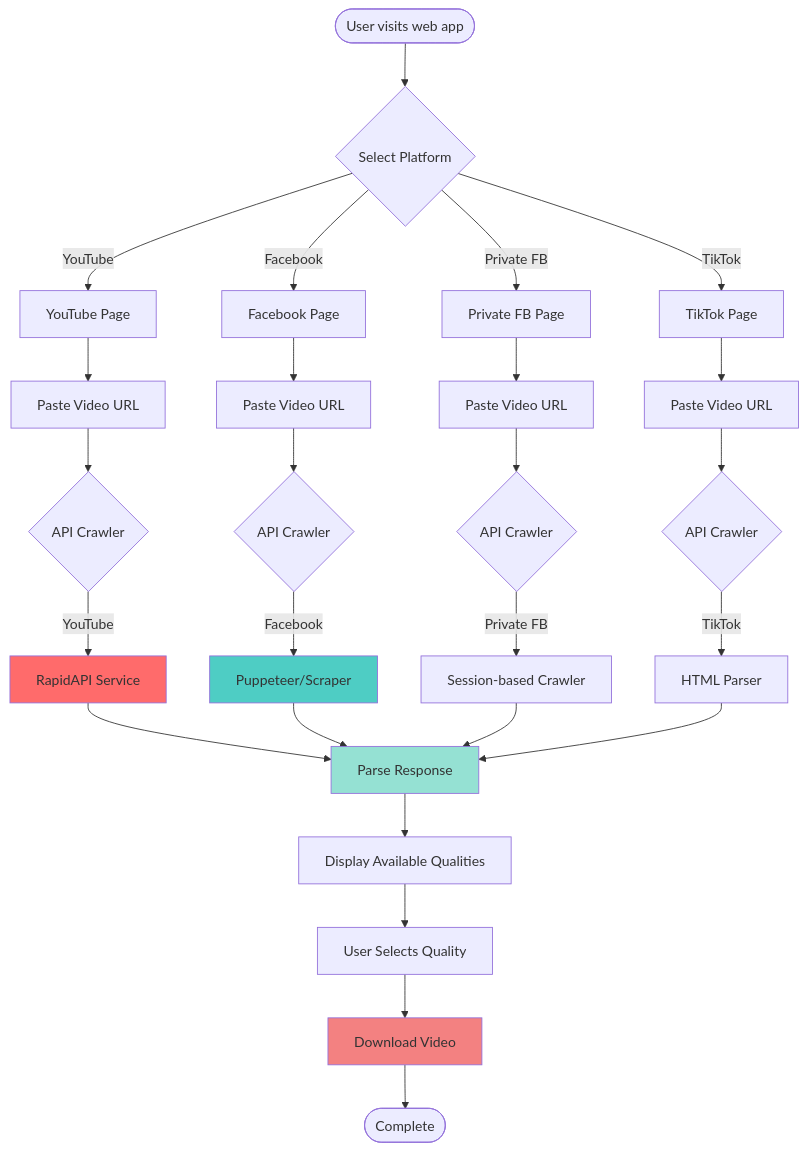
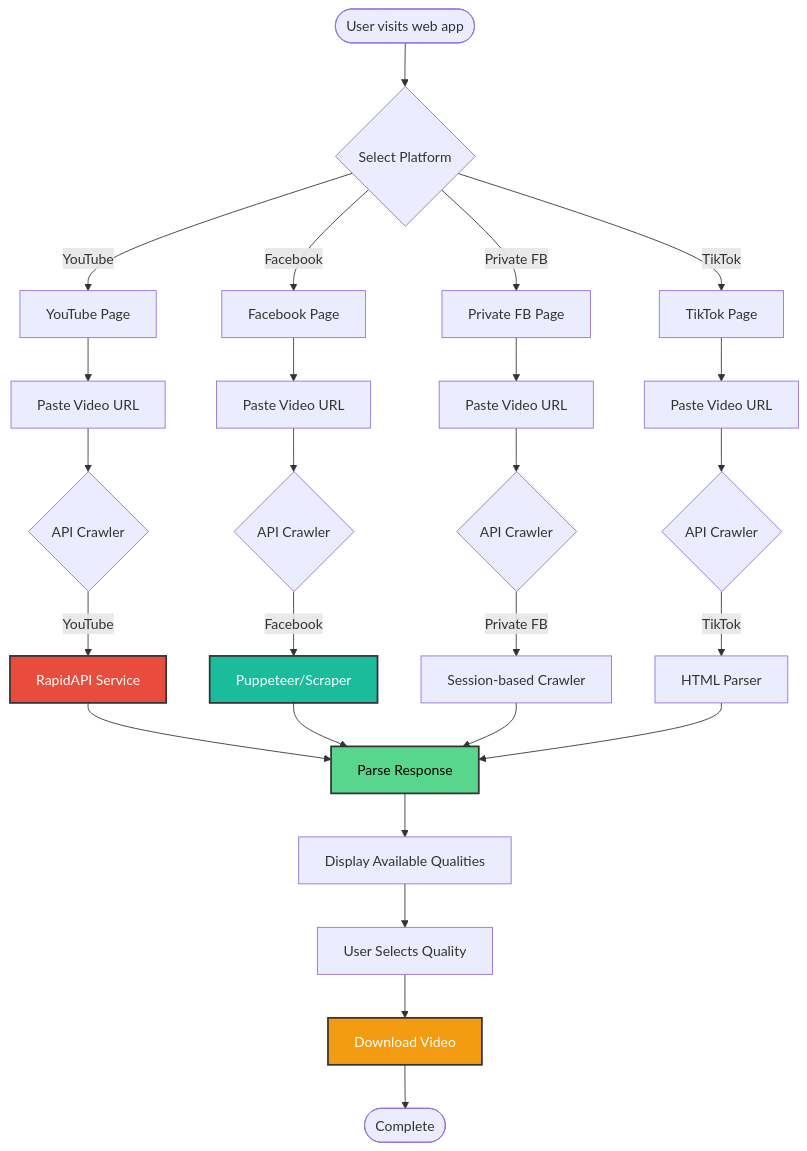
Before and after one commit to lwshakib/flux-video-downloader: the third of 14 diagrams in README.md, drawn with Mermaid. The commit also changed other lines of this file, not shown here.

First line of the commit message:
style: update README diagrams with improved color schemes and stroke properties

````diff
--- a/README.md
+++ b/README.md
@@ -330,39 +330,39 @@
 ```mermaid
 flowchart TD
     Start([User visits web app]) --> Platform{Select Platform}
 
     Platform -->|YouTube| YouTubePage[YouTube Page]
     Platform -->|Facebook| FacebookPage[Facebook Page]
     Platform -->|Private FB| PrivateFBPage[Private FB Page]
     Platform -->|TikTok| TikTokPage[TikTok Page]
 
     YouTubePage --> PasteURL1[Paste Video URL]
     FacebookPage --> PasteURL2[Paste Video URL]
     PrivateFBPage --> PasteURL3[Paste Video URL]
     TikTokPage --> PasteURL4[Paste Video URL]
 
     PasteURL1 --> Crawl1{API Crawler}
     PasteURL2 --> Crawl2{API Crawler}
     PasteURL3 --> Crawl3{API Crawler}
     PasteURL4 --> Crawl4{API Crawler}
 
     Crawl1 -->|YouTube| RapidAPI[RapidAPI Service]
     Crawl2 -->|Facebook| Puppeteer[Puppeteer/Scraper]
     Crawl3 -->|Private FB| SessionCrawl[Session-based Crawler]
     Crawl4 -->|TikTok| TikTokScraper[HTML Parser]
 
     RapidAPI --> Parse[Parse Response]
     Puppeteer --> Parse
     SessionCrawl --> Parse
     TikTokScraper --> Parse
 
     Parse --> Qualities[Display Available Qualities]
     Qualities --> UserSelect[User Selects Quality]
     UserSelect --> Download[Download Video]
     Download --> End([Complete])
 
-    style RapidAPI fill:#FF6B6B
-    style Puppeteer fill:#4ECDC4
-    style Parse fill:#95E1D3
-    style Download fill:#F38181
+    style RapidAPI fill:#E74C3C,stroke:#333,stroke-width:2px,color:#fff
+    style Puppeteer fill:#1ABC9C,stroke:#333,stroke-width:2px,color:#fff
+    style Parse fill:#58D68D,stroke:#333,stroke-width:2px,color:#000
+    style Download fill:#F39C12,stroke:#333,stroke-width:2px,color:#fff
 ```
````
